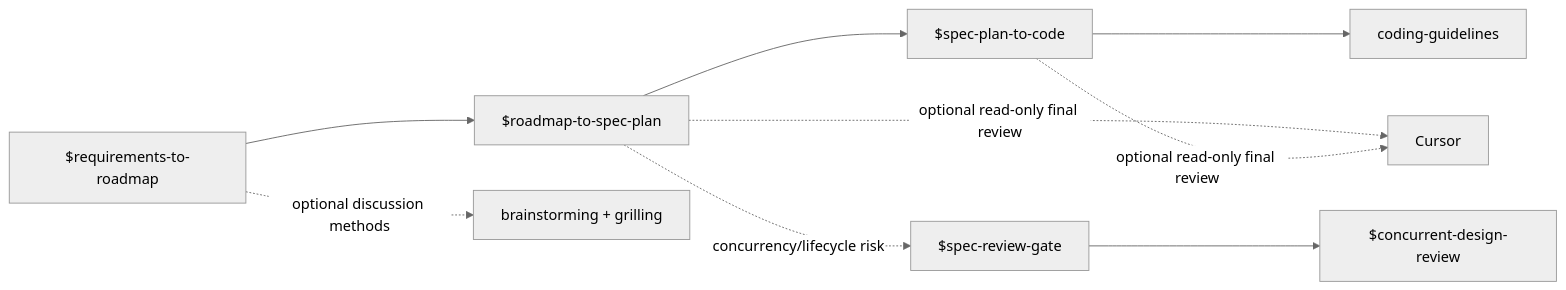
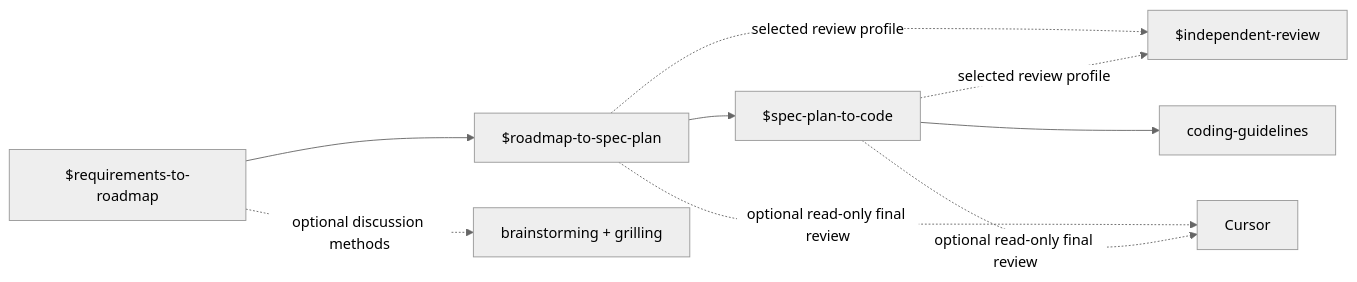
The diagram in README.md (xfni/skills), drawn with Mermaid (neutral theme) before and after one commit. The commit also changed other lines of this file and 10 other files, not shown here.

````diff
--- a/README.md
+++ b/README.md
@@ -11,10 +11,10 @@
 ```mermaid
 flowchart LR
     R["$requirements-to-roadmap"] --> S["$roadmap-to-spec-plan"] --> C["$spec-plan-to-code"]
     R -. optional discussion methods .-> B["brainstorming + grilling"]
-    S -. concurrency/lifecycle risk .-> G["$spec-review-gate"]
-    G --> D["$concurrent-design-review"]
+    S -. selected review profile .-> I["$independent-review"]
+    C -. selected review profile .-> I
     C --> CG["coding-guidelines"]
     S -. optional read-only final review .-> CU["Cursor"]
     C -. optional read-only final review .-> CU
 ```
````
